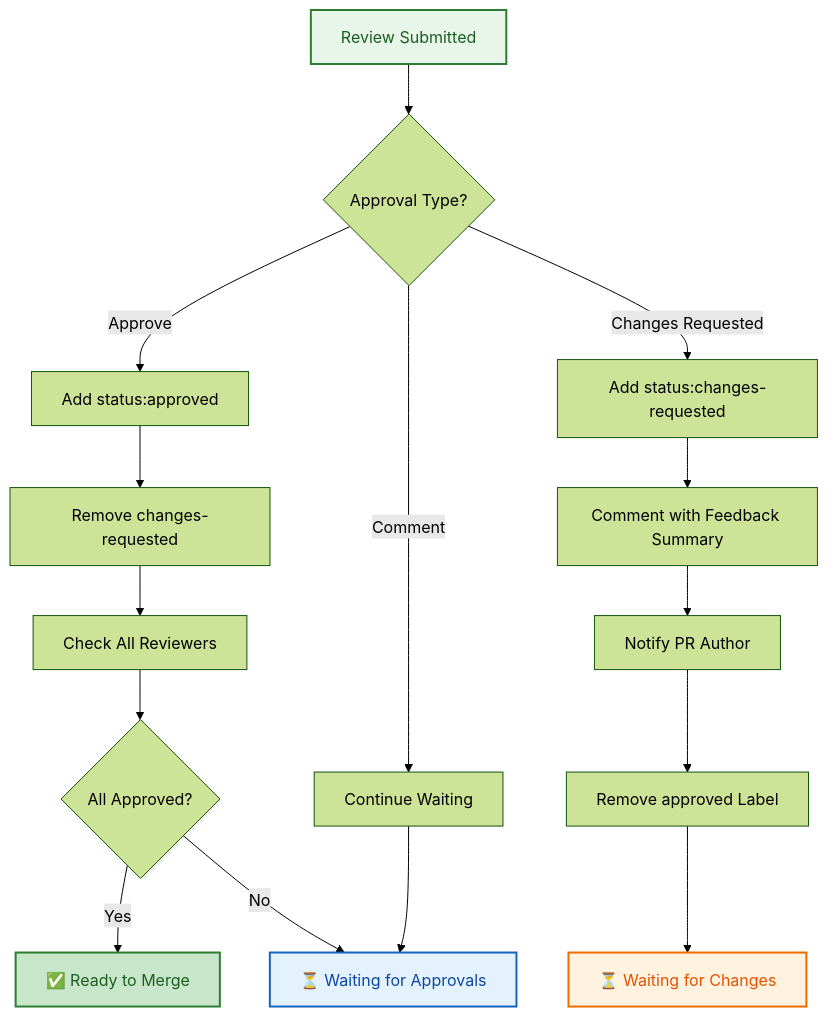
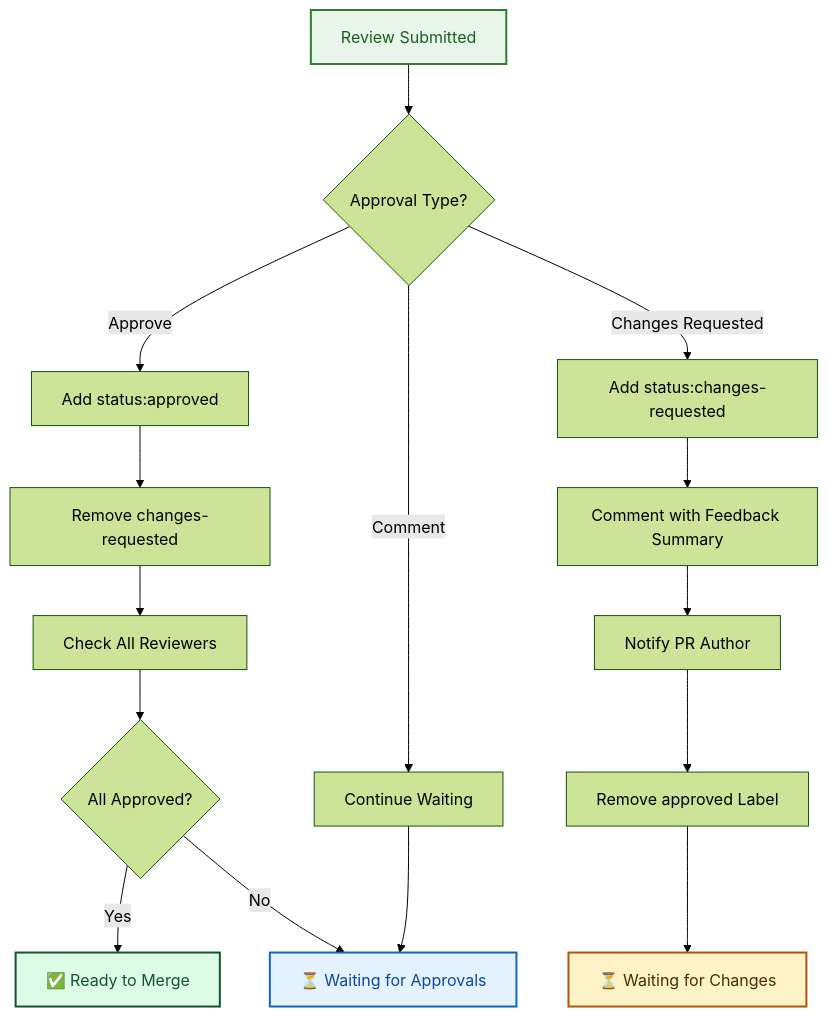
The third of 3 diagrams in .github/projects/active/automation-consolidation-agentic-workflows-2026-09/PR_MANAGEMENT_AGENT_SPEC.md (lightspeedwp/.github), drawn with Mermaid (forest theme) before and after one commit. The commit also changed other lines of this file and 181 other files, not shown here.

Commit message:
docs: maintenance updates (Mermaid + staleness)

````diff
--- a/.github/projects/active/automation-consolidation-agentic-workflows-2026-09/PR_MANAGEMENT_AGENT_SPEC.md
+++ b/.github/projects/active/automation-consolidation-agentic-workflows-2026-09/PR_MANAGEMENT_AGENT_SPEC.md
@@ -221,28 +221,28 @@
 ```mermaid
 graph TD
     accTitle: Review feedback integration decision tree
     accDescr: Flowchart for processing review submissions, applying status labels, checking all reviewers, and notifying PR author
     A["Review Submitted"] --> B{Approval Type?}
     
     B -->|Approve| C["Add status:approved"]
     B -->|Changes Requested| D["Add status:changes-requested"]
     B -->|Comment| E["Continue Waiting"]
     
     C --> F["Remove changes-requested"]
     F --> G["Check All Reviewers"]
     G --> H{All Approved?}
     H -->|Yes| I["✅ Ready to Merge"]
     H -->|No| J["⏳ Waiting for Approvals"]
     
     D --> K["Comment with Feedback Summary"]
     K --> L["Notify PR Author"]
     L --> M["Remove approved Label"]
     M --> N["⏳ Waiting for Changes"]
     
     E --> J
     
     style A fill:#E8F5E9,stroke:#2E7D32,stroke-width:2px,color:#1B5E20
-    style I fill:#C8E6C9,stroke:#2E7D32,stroke-width:2px,color:#1B5E20
+    style I fill:#dcfce7,stroke:#14532d,stroke-width:2px,color:#14532d
     style J fill:#E3F2FD,stroke:#1565C0,stroke-width:2px,color:#0D47A1
-    style N fill:#FFF3E0,stroke:#EF6C00,stroke-width:2px,color:#E65100
+    style N fill:#fef3c7,stroke:#b45309,stroke-width:2px,color:#4a2c00
 ```
````
